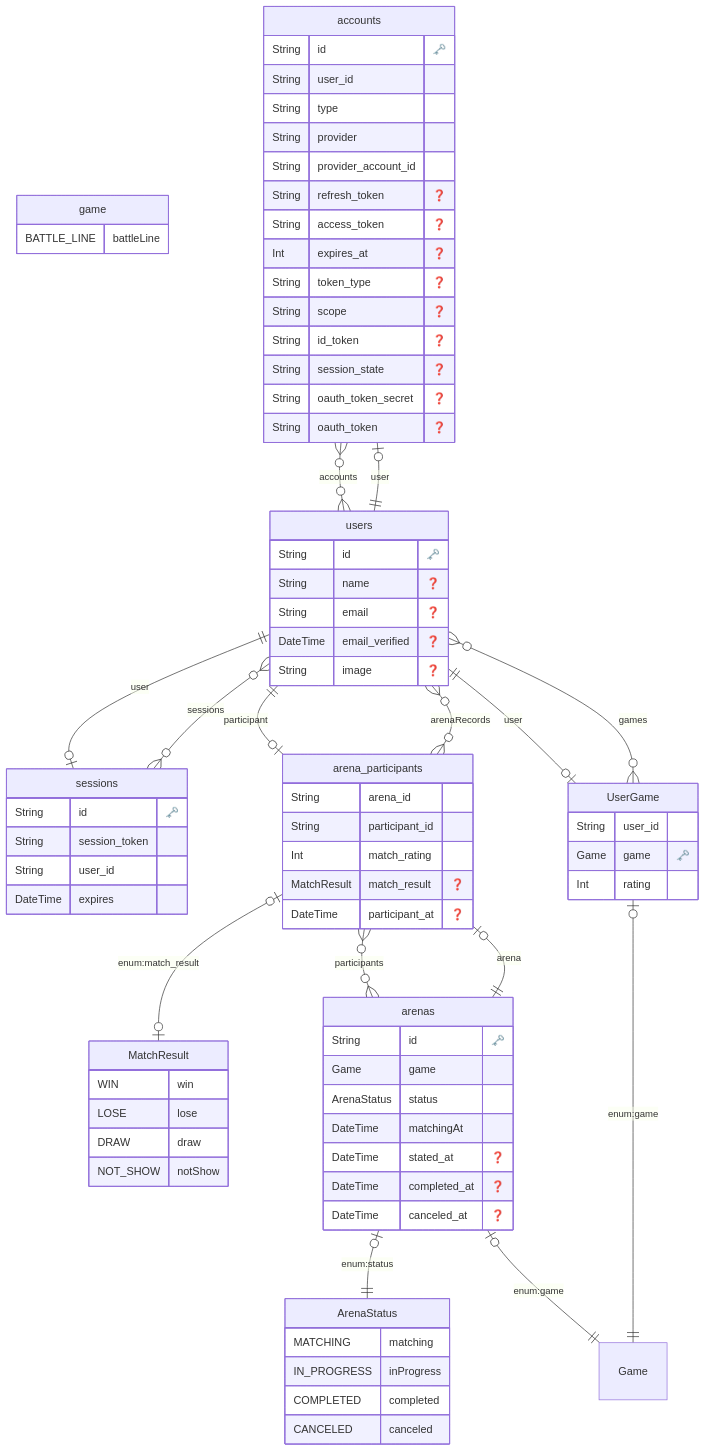
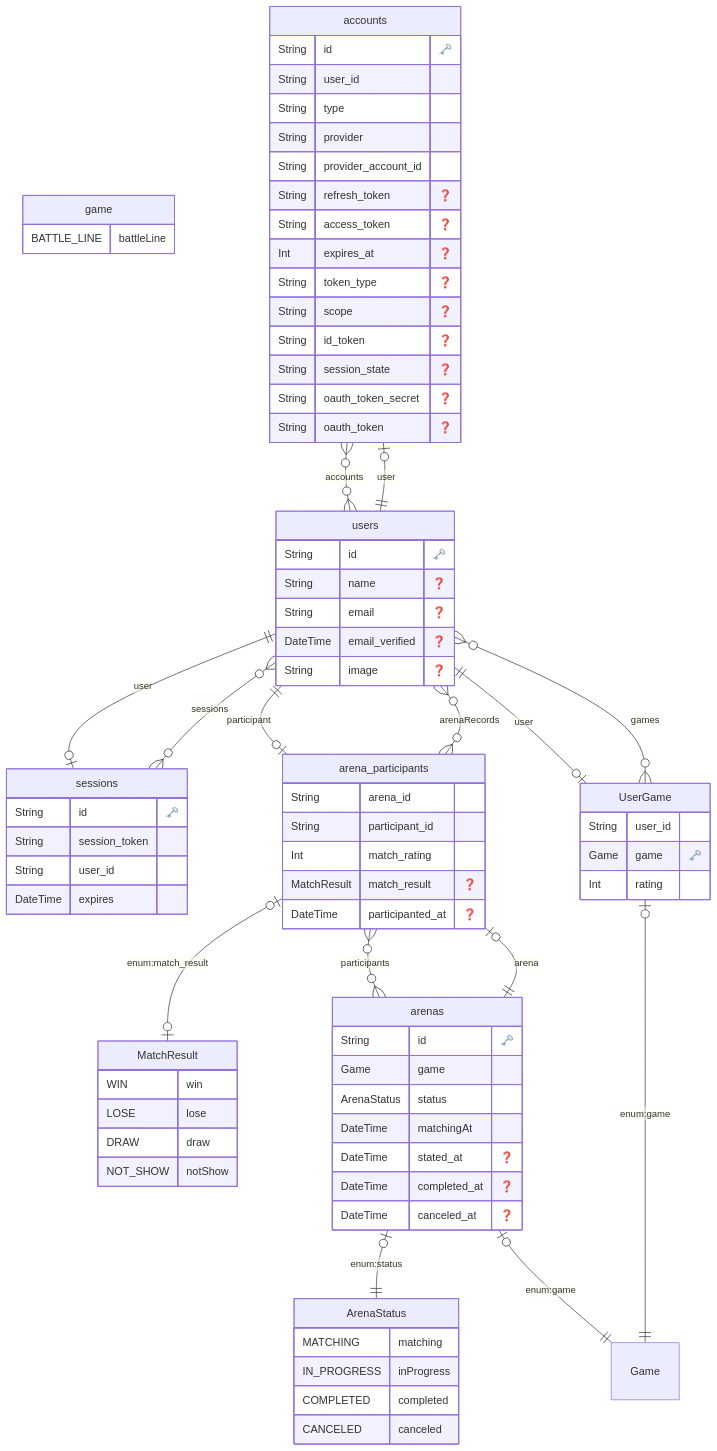
Before and after one commit to hotter6163/rate-world: the diagram in prisma/schema.md, drawn with Mermaid. The commit also changed 1 other file, not shown here.

Commit message:
:adhesive_bandage: fix field name

```diff
--- a/prisma/schema.md
+++ b/prisma/schema.md
@@ -81,7 +81,7 @@
     String participant_id 
     Int match_rating 
     MatchResult match_result "❓"
-    DateTime participant_at "❓"
+    DateTime participanted_at "❓"
     }
   
     "accounts" o|--|| "users" : "user"
```
